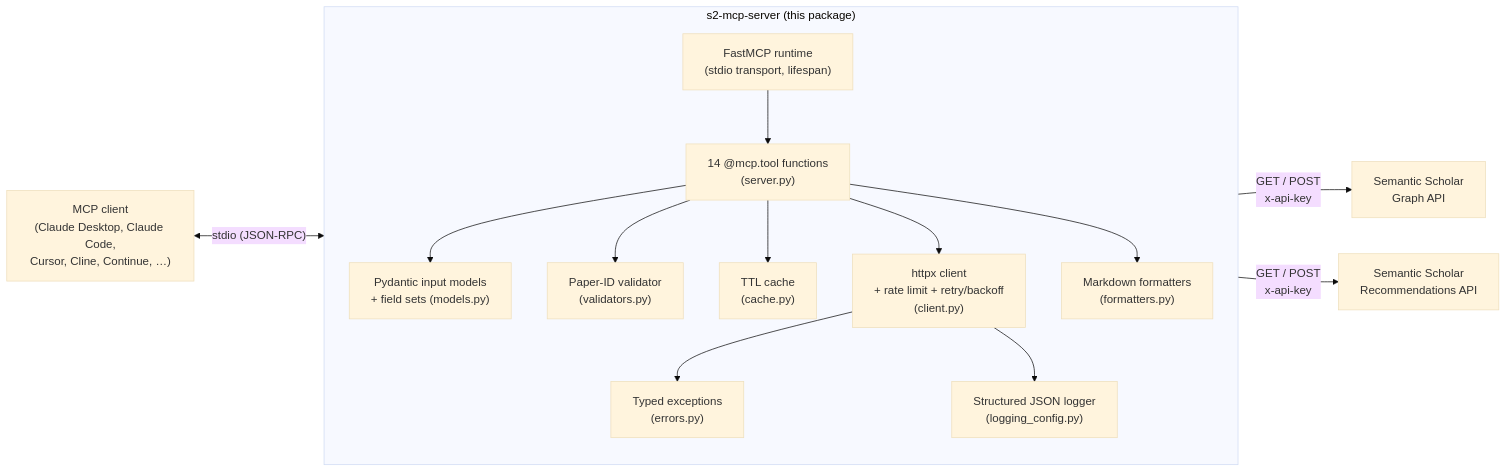
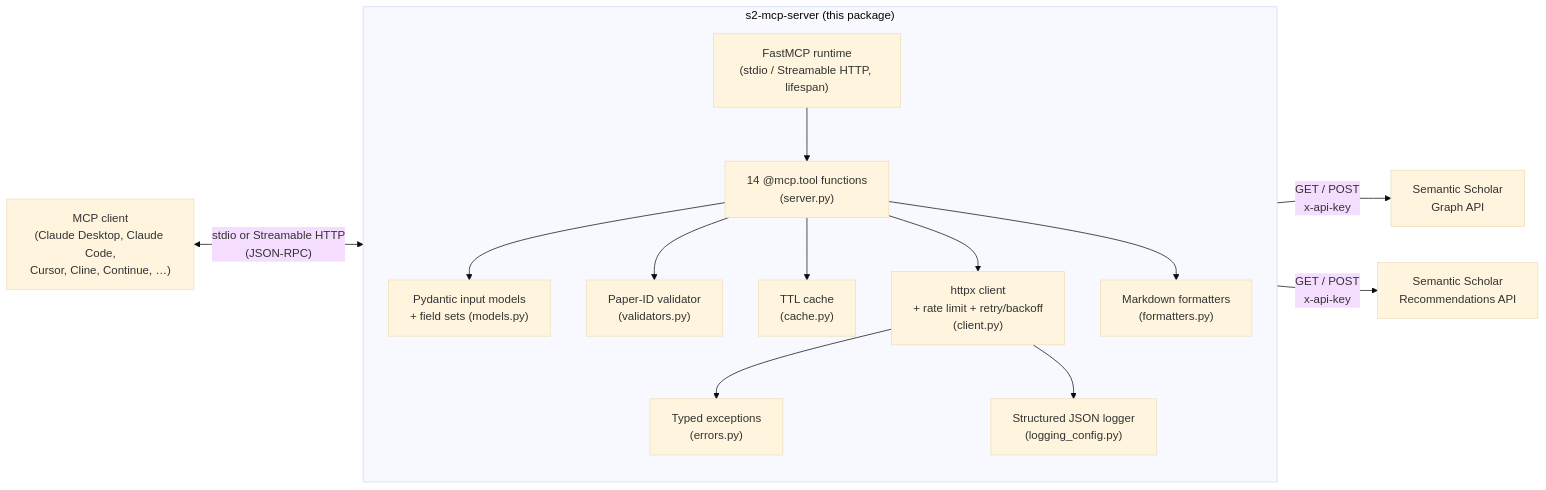
The diagram in README.md (smaniches/semantic-scholar-mcp), drawn with Mermaid (base theme) before and after one commit. The commit also changed other lines of this file and 7 other files, not shown here.

First line of the commit message:
feat: add Streamable HTTP transport for remote clients

````diff
--- a/README.md
+++ b/README.md
@@ -150,30 +158,30 @@
 ```mermaid
 flowchart LR
   Client["MCP client<br/>(Claude Desktop, Claude Code,<br/>Cursor, Cline, Continue, …)"]
   subgraph Server ["s2-mcp-server (this package)"]
     direction TB
-    FastMCP["FastMCP runtime<br/>(stdio transport, lifespan)"]
+    FastMCP["FastMCP runtime<br/>(stdio / Streamable HTTP, lifespan)"]
     Tools["14 @mcp.tool functions<br/>(server.py)"]
     Models["Pydantic input models<br/>+ field sets (models.py)"]
     Validators["Paper-ID validator<br/>(validators.py)"]
     Cache["TTL cache<br/>(cache.py)"]
     Fmt["Markdown formatters<br/>(formatters.py)"]
     HTTP["httpx client<br/>+ rate limit + retry/backoff<br/>(client.py)"]
     Errors["Typed exceptions<br/>(errors.py)"]
     Log["Structured JSON logger<br/>(logging_config.py)"]
   end
   S2Graph["Semantic Scholar<br/>Graph API"]
   S2Recs["Semantic Scholar<br/>Recommendations API"]
 
-  Client <-- "stdio (JSON-RPC)" --> FastMCP
+  Client <-- "stdio or Streamable HTTP<br/>(JSON-RPC)" --> FastMCP
   FastMCP --> Tools
   Tools --> Models
   Tools --> Validators
   Tools --> Cache
   Tools --> HTTP
   Tools --> Fmt
   HTTP --> Errors
   HTTP --> Log
   HTTP -- "GET / POST<br/>x-api-key" --> S2Graph
   HTTP -- "GET / POST<br/>x-api-key" --> S2Recs
 ```
````
